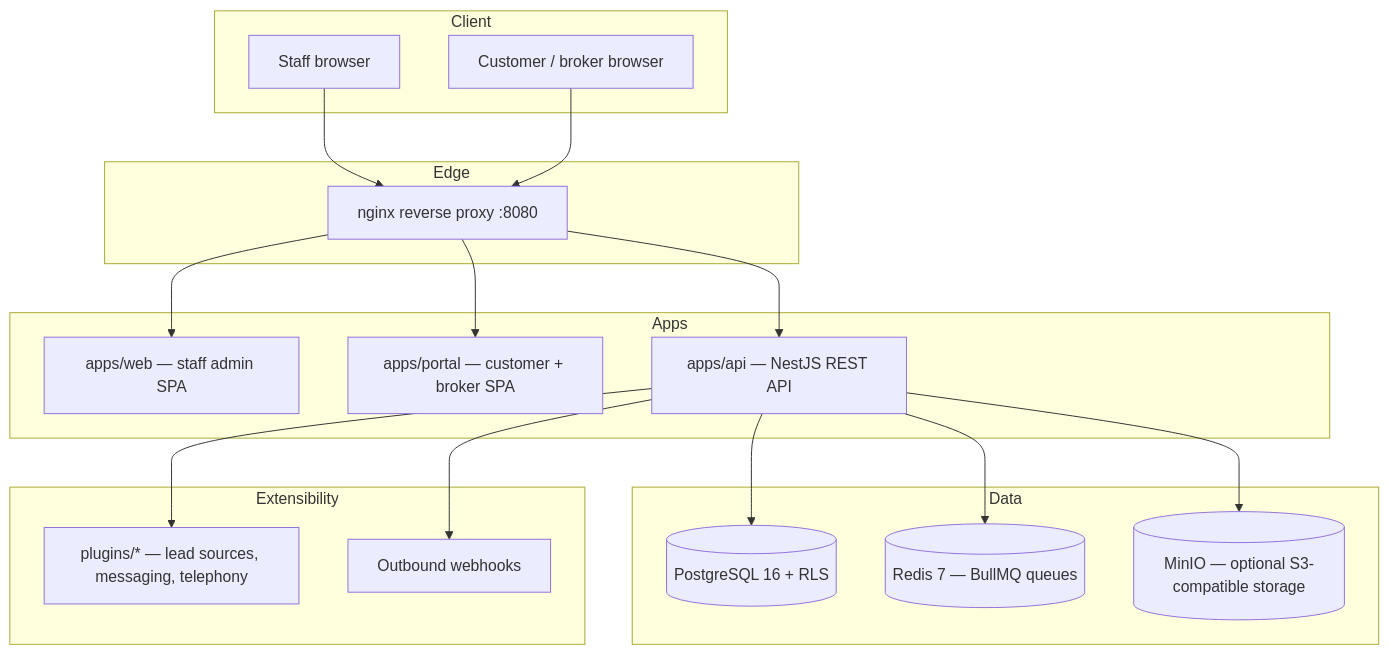
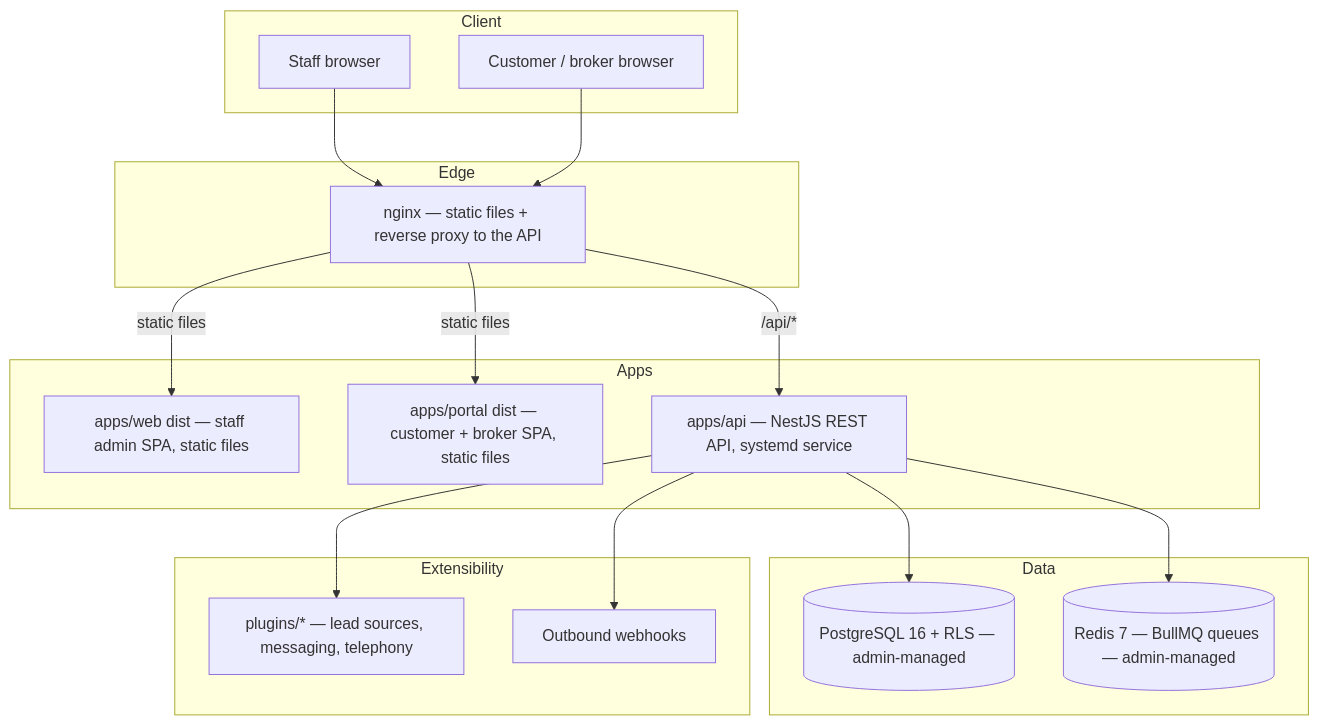
The diagram in README.md (AshishGTH/openestate), drawn with Mermaid before and after one commit. The commit also changed other lines of this file and 33 other files, not shown here.

````diff
--- a/README.md
+++ b/README.md
@@ -80,39 +83,37 @@
 ```mermaid
 flowchart TB
     subgraph Client
         Staff[Staff browser]
         Customer[Customer / broker browser]
     end
 
     subgraph Edge
-        Nginx[nginx reverse proxy :8080]
+        Nginx[nginx — static files + reverse proxy to the API]
     end
 
     subgraph Apps
-        Web[apps/web — staff admin SPA]
-        Portal[apps/portal — customer + broker SPA]
-        Api[apps/api — NestJS REST API]
+        Web[apps/web dist — staff admin SPA, static files]
+        Portal[apps/portal dist — customer + broker SPA, static files]
+        Api[apps/api — NestJS REST API, systemd service]
     end
 
     subgraph Data
-        Postgres[(PostgreSQL 16 + RLS)]
-        Redis[(Redis 7 — BullMQ queues)]
-        Minio[(MinIO — optional S3-compatible storage)]
+        Postgres[(PostgreSQL 16 + RLS — admin-managed)]
+        Redis[(Redis 7 — BullMQ queues — admin-managed)]
     end
 
     subgraph Extensibility
         Plugins[plugins/* — lead sources, messaging, telephony]
         Webhooks[Outbound webhooks]
     end
 
     Staff --> Nginx
     Customer --> Nginx
-    Nginx --> Web
-    Nginx --> Portal
-    Nginx --> Api
+    Nginx -- static files --> Web
+    Nginx -- static files --> Portal
+    Nginx -- /api/* --> Api
     Api --> Postgres
     Api --> Redis
-    Api --> Minio
     Api --> Plugins
     Api --> Webhooks
 ```
````
